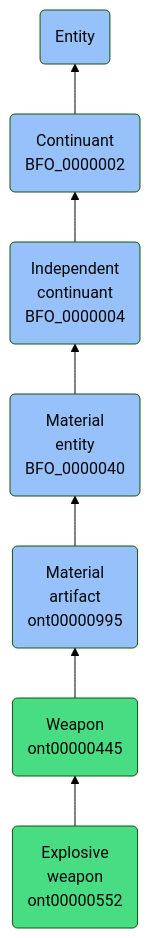
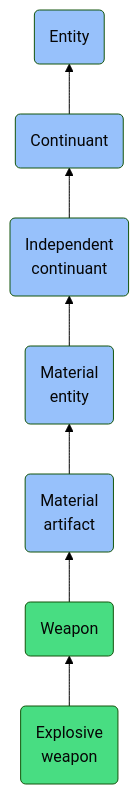
The diagram in docs/ontology/reference/model/Entity/Continuant/Independent continuant/Material entity/Material artifact/Weapon/Explosive weapon/Explosive weapon.md (jupyter-naas/abi), drawn with Mermaid (forest theme) before and after one commit. The commit also changed other lines of this file and 1430 other files, not shown here.

````diff
--- a/docs/ontology/reference/model/Entity/Continuant/Independent continuant/Material entity/Material artifact/Weapon/Explosive weapon/Explosive weapon.md
+++ b/docs/ontology/reference/model/Entity/Continuant/Independent continuant/Material entity/Material artifact/Weapon/Explosive weapon/Explosive weapon.md
@@ -24,14 +24,14 @@
 ```mermaid
 graph BT
-    ont00000552(Explosive<br>weapon<br>ont00000552):::ABI-->ont00000445
-    ont00000445(Weapon<br>ont00000445):::ABI-->ont00000995
-    ont00000995(Material<br>artifact<br>ont00000995):::BFO-->BFO_0000040
-    BFO_0000040(Material<br>entity<br>BFO_0000040):::BFO-->BFO_0000004
-    BFO_0000004(Independent<br>continuant<br>BFO_0000004):::BFO-->BFO_0000002
-    BFO_0000002(Continuant<br>BFO_0000002):::BFO-->BFO_0000001
+    ont00000552(Explosive<br>weapon):::ABI-->ont00000445
+    ont00000445(Weapon):::ABI-->ont00000995
+    ont00000995(Material<br>artifact):::BFO-->BFO_0000040
+    BFO_0000040(Material<br>entity):::BFO-->BFO_0000004
+    BFO_0000004(Independent<br>continuant):::BFO-->BFO_0000002
+    BFO_0000002(Continuant):::BFO-->BFO_0000001
     BFO_0000001(Entity):::BFO
     
     classDef BFO fill:#97c1fb,color:#060606
     classDef CCO fill:#e4c51e,color:#060606
     classDef ABI fill:#48DD82,color:#060606
 ```
````
